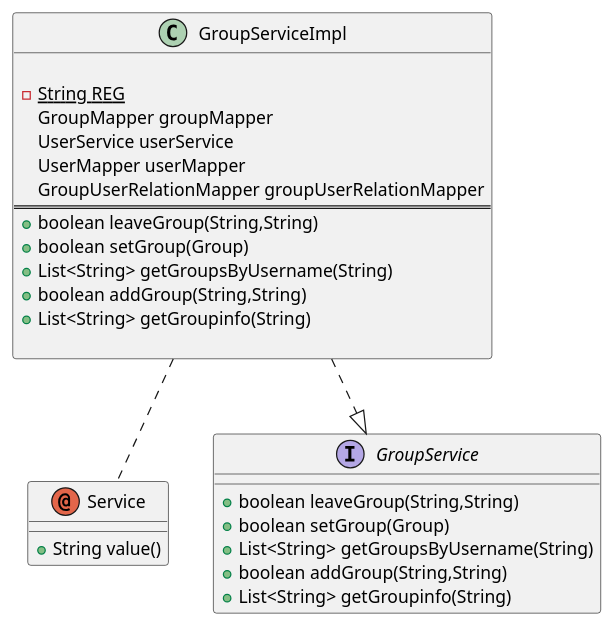
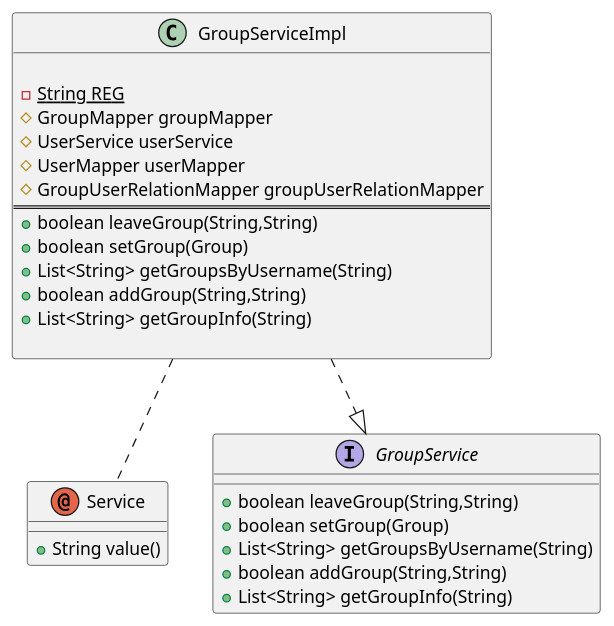
Before and after one commit to Guo-Chenxu/chatroom: the diagram in uml/ServerGroupServiceClassUML.puml, drawn with PlantUML. The commit also changed 16 other files, not shown here.

Commit message:
fix: 完善部分类图 & 增加用户头像

```diff
--- a/uml/ServerGroupServiceClassUML.puml
+++ b/uml/ServerGroupServiceClassUML.puml
@@ -1,36 +1,36 @@
 @startuml
 'https://plantuml.com/class-diagram
 
 annotation Service{
 	+String value()
 }
 
 interface GroupService{
 
 	+boolean leaveGroup(String,String)
 	+boolean setGroup(Group)
 	+List<String> getGroupsByUsername(String)
 	+boolean addGroup(String,String)
-	+List<String> getGroupinfo(String)
+	+List<String> getGroupInfo(String)
 
 }
 
 class GroupServiceImpl {
 
 	-{static}String REG
-	GroupMapper groupMapper
-	UserService userService
-	UserMapper userMapper
-	GroupUserRelationMapper groupUserRelationMapper
+	#GroupMapper groupMapper
+	#UserService userService
+	#UserMapper userMapper
+	#GroupUserRelationMapper groupUserRelationMapper
 ==
 	+boolean leaveGroup(String,String)
 	+boolean setGroup(Group)
 	+List<String> getGroupsByUsername(String)
 	+boolean addGroup(String,String)
-	+List<String> getGroupinfo(String)
+	+List<String> getGroupInfo(String)
 
 }
 
 GroupServiceImpl ..|> GroupService
 GroupServiceImpl ..Service
 @enduml
```
